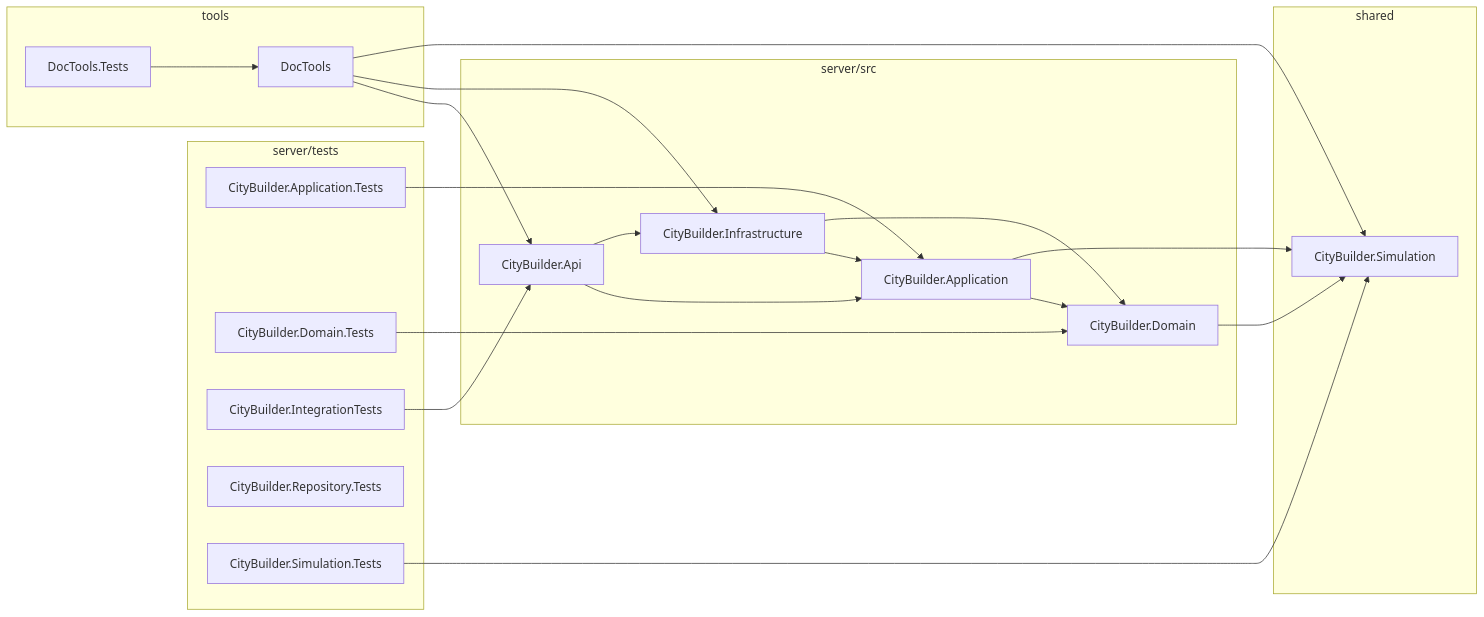
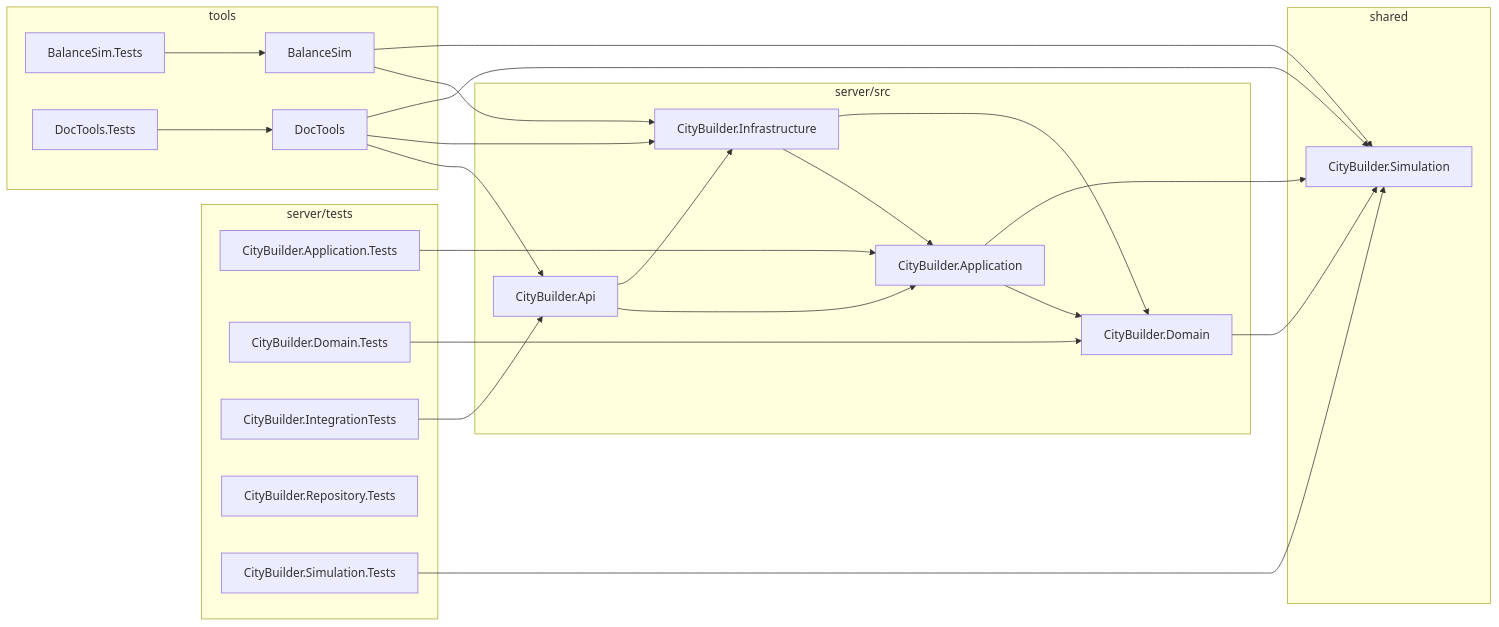
One commit to Samurai-netizen/citybuild changed the first of 2 diagrams in docs/reference/generated/project-map.md. Above: the diagram before and after it, drawn with Mermaid. The commit also changed other lines of this file and 50 other files, not shown here.

````diff
--- a/docs/reference/generated/project-map.md
+++ b/docs/reference/generated/project-map.md
@@ -11,38 +11,43 @@
 ```mermaid
 flowchart LR
   subgraph n_server_src["server/src"]
     n_CityBuilder_Api["CityBuilder.Api"]
     n_CityBuilder_Application["CityBuilder.Application"]
     n_CityBuilder_Domain["CityBuilder.Domain"]
     n_CityBuilder_Infrastructure["CityBuilder.Infrastructure"]
   end
   subgraph n_server_tests["server/tests"]
     n_CityBuilder_Application_Tests["CityBuilder.Application.Tests"]
     n_CityBuilder_Domain_Tests["CityBuilder.Domain.Tests"]
     n_CityBuilder_IntegrationTests["CityBuilder.IntegrationTests"]
     n_CityBuilder_Repository_Tests["CityBuilder.Repository.Tests"]
     n_CityBuilder_Simulation_Tests["CityBuilder.Simulation.Tests"]
   end
   subgraph n_shared["shared"]
     n_CityBuilder_Simulation["CityBuilder.Simulation"]
   end
   subgraph n_tools["tools"]
+    n_BalanceSim_Tests["BalanceSim.Tests"]
+    n_BalanceSim["BalanceSim"]
     n_DocTools_Tests["DocTools.Tests"]
     n_DocTools["DocTools"]
   end
   n_CityBuilder_Api --> n_CityBuilder_Application
   n_CityBuilder_Api --> n_CityBuilder_Infrastructure
   n_CityBuilder_Application --> n_CityBuilder_Domain
   n_CityBuilder_Application --> n_CityBuilder_Simulation
   n_CityBuilder_Domain --> n_CityBuilder_Simulation
   n_CityBuilder_Infrastructure --> n_CityBuilder_Application
   n_CityBuilder_Infrastructure --> n_CityBuilder_Domain
   n_CityBuilder_Application_Tests --> n_CityBuilder_Application
   n_CityBuilder_Domain_Tests --> n_CityBuilder_Domain
   n_CityBuilder_IntegrationTests --> n_CityBuilder_Api
   n_CityBuilder_Simulation_Tests --> n_CityBuilder_Simulation
+  n_BalanceSim_Tests --> n_BalanceSim
+  n_BalanceSim --> n_CityBuilder_Infrastructure
+  n_BalanceSim --> n_CityBuilder_Simulation
   n_DocTools_Tests --> n_DocTools
   n_DocTools --> n_CityBuilder_Api
   n_DocTools --> n_CityBuilder_Infrastructure
   n_DocTools --> n_CityBuilder_Simulation
 ```
````
